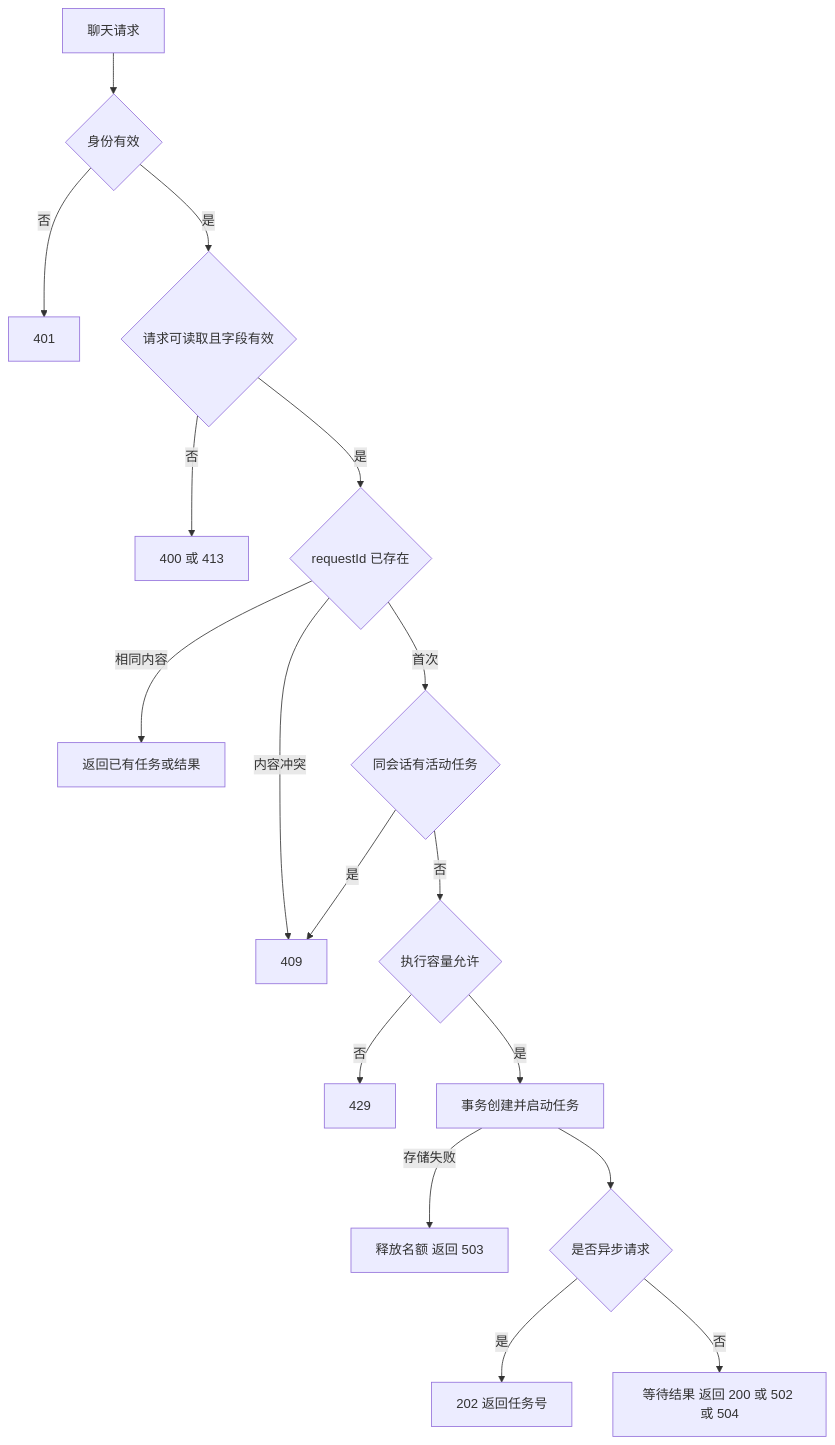
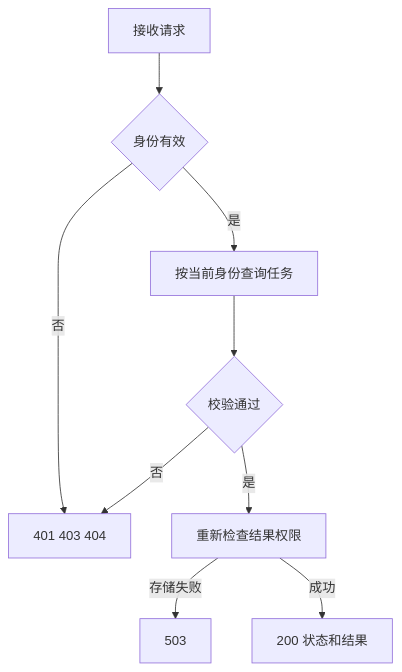
Before and after one commit to hj456992/agentscope-react-demo: the third of 8 diagrams in docs/技术方案.md, drawn with Mermaid. The commit also changed other lines of this file and 134 other files, not shown here.

````diff
--- a/docs/技术方案.md
+++ b/docs/技术方案.md
@@ -125,19 +67,11 @@
 ```mermaid
 flowchart TD
-    A[聊天请求] --> B{身份有效}
-    B -->|否| X[401]
-    B -->|是| C{请求可读取且字段有效}
-    C -->|否| Y[400 或 413]
-    C -->|是| D{requestId 已存在}
-    D -->|相同内容| E[返回已有任务或结果]
-    D -->|内容冲突| F[409]
-    D -->|首次| G{同会话有活动任务}
-    G -->|是| F
-    G -->|否| H{执行容量允许}
-    H -->|否| I[429]
-    H -->|是| J[事务创建并启动任务]
-    J -->|存储失败| Z[释放名额 返回 503]
-    J --> K{是否异步请求}
-    K -->|是| L[202 返回任务号]
-    K -->|否| M[等待结果 返回 200 或 502 或 504]
+    A[接收请求] --> B{身份有效}
+    B -->|否| X[401 403 404]
+    B -->|是| C[按当前身份查询任务]
+    C --> D{校验通过}
+    D -->|否| X
+    D -->|是| E[重新检查结果权限]
+    E -->|存储失败| Z[503]
+    E -->|成功| F[200 状态和结果]
 ```
````
